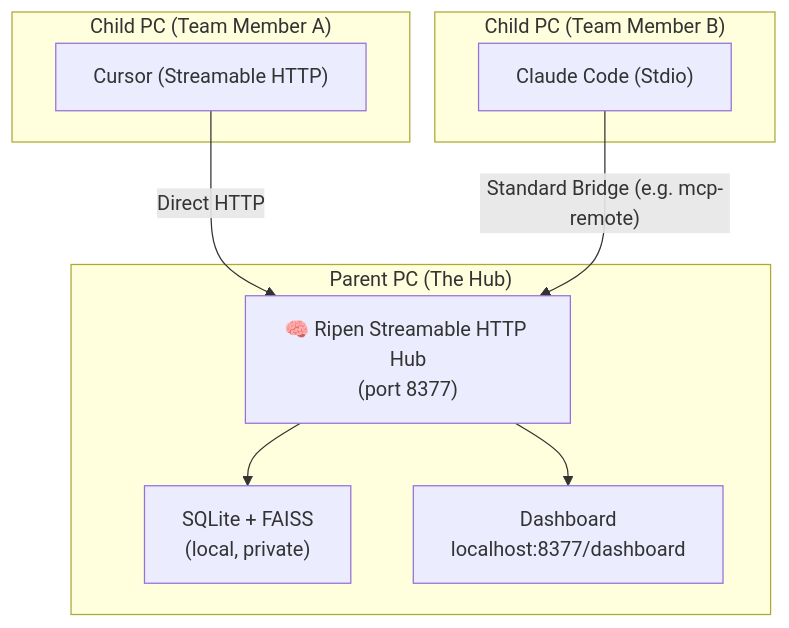
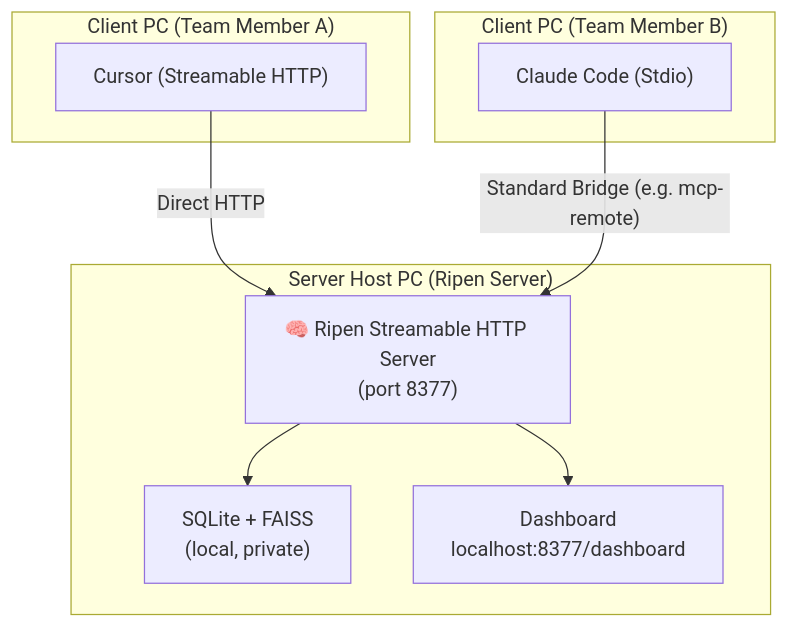
Before and after one commit to ayato-labs/ripen: the diagram in README.md, drawn with Mermaid. The commit also changed other lines of this file and 3 other files, not shown here.

````diff
--- a/README.md
+++ b/README.md
@@ -102,16 +102,16 @@
 ```mermaid
 graph TD
-    subgraph "Parent PC (The Hub)"
-        H["🧠 Ripen Streamable HTTP Hub\n(port 8377)"]
+    subgraph "Server Host PC (Ripen Server)"
+        H["🧠 Ripen Streamable HTTP Server\n(port 8377)"]
         H --> DB["SQLite + FAISS\n(local, private)"]
         H --> DASH["Dashboard\nlocalhost:8377/dashboard"]
     end
 
-    subgraph "Child PC (Team Member A)"
+    subgraph "Client PC (Team Member A)"
         A1["Cursor (Streamable HTTP)"] -- "Direct HTTP" --> H
     end
 
-    subgraph "Child PC (Team Member B)"
+    subgraph "Client PC (Team Member B)"
         B1["Claude Code (Stdio)"] -- "Standard Bridge (e.g. mcp-remote)" --> H
     end
 ```
````
